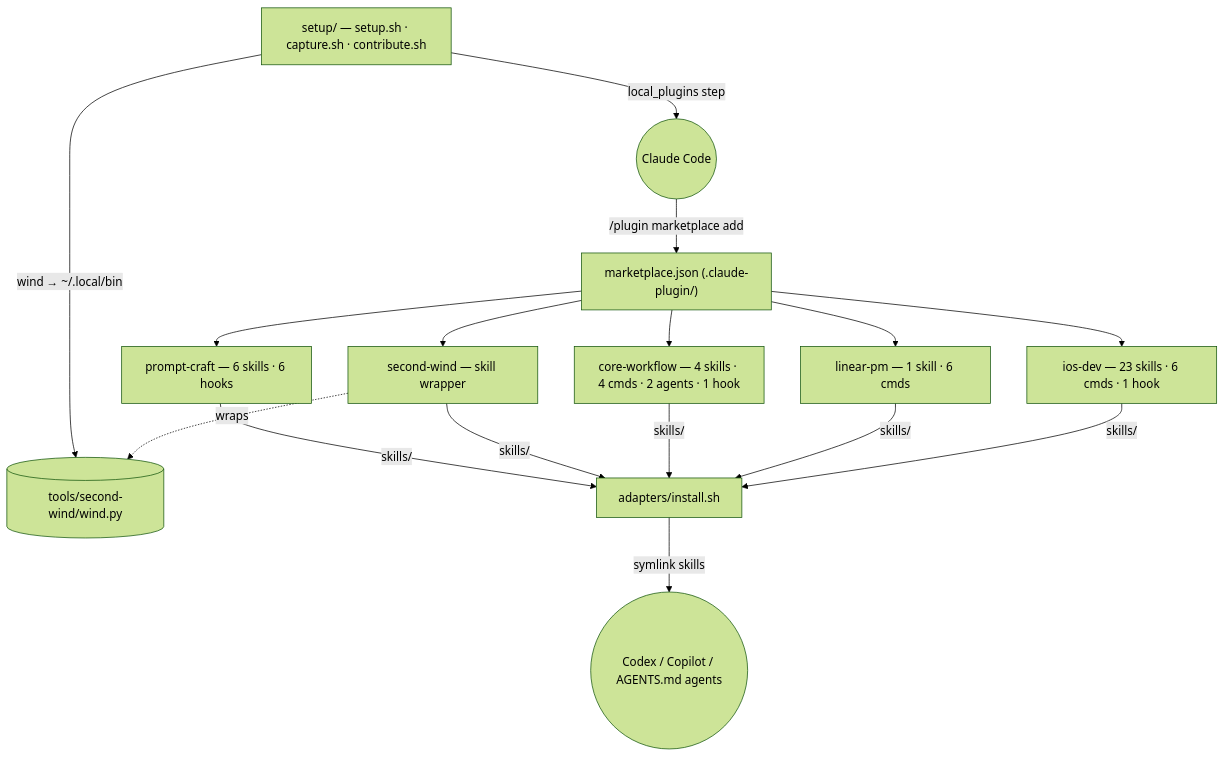
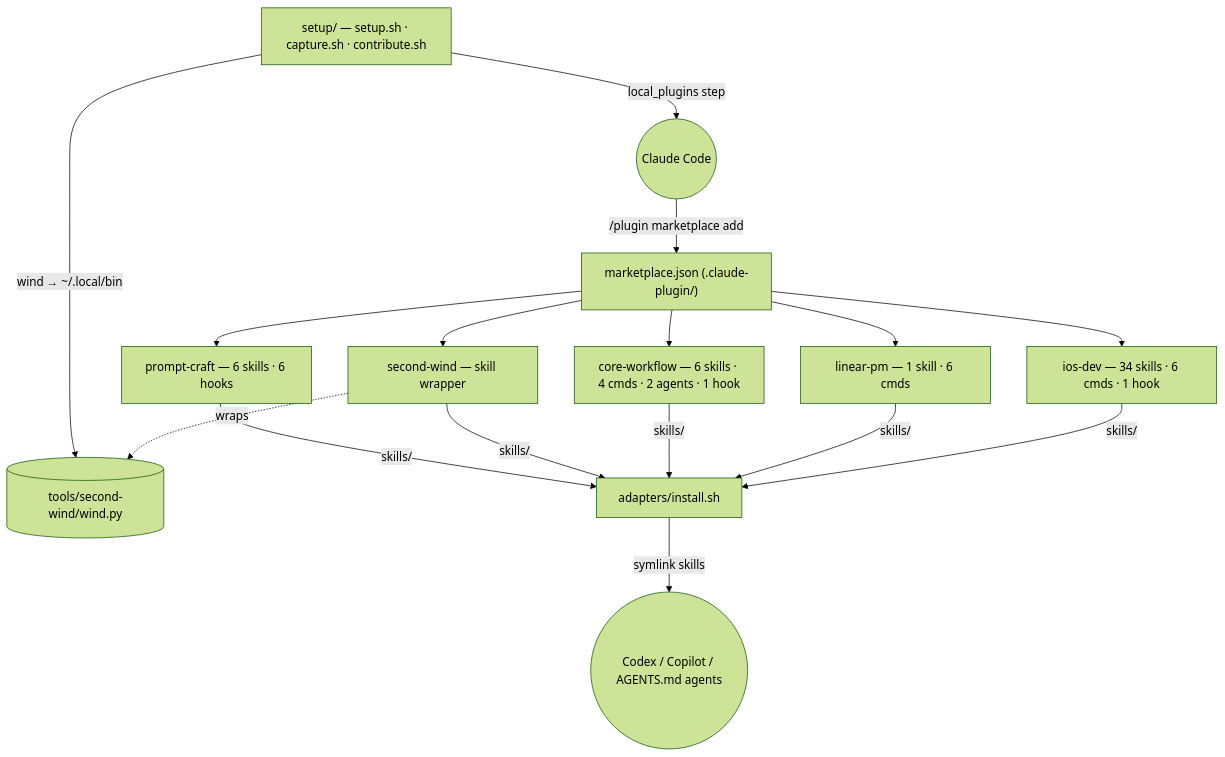
Before and after one commit to abhijitbansal/claude-skills: the diagram in docs/architecture.md, drawn with Mermaid (forest theme). The commit also changed other lines of this file and 10 other files, not shown here.

First line of the commit message:
docs(site): sync catalog/architecture/index for PR #10's 13 mined skills

````diff
--- a/docs/architecture.md
+++ b/docs/architecture.md
@@ -15,22 +15,22 @@
 ```mermaid
 flowchart TD
   MP["marketplace.json (.claude-plugin/)"]
-  IOS["ios-dev — 23 skills · 6 cmds · 1 hook"]
+  IOS["ios-dev — 34 skills · 6 cmds · 1 hook"]
   LIN["linear-pm — 1 skill · 6 cmds"]
-  CW["core-workflow — 4 skills · 4 cmds · 2 agents · 1 hook"]
+  CW["core-workflow — 6 skills · 4 cmds · 2 agents · 1 hook"]
   SW["second-wind — skill wrapper"]
   PC["prompt-craft — 6 skills · 6 hooks"]
   WIND[("tools/second-wind/wind.py")]
   AD["adapters/install.sh"]
   SEED["setup/ — setup.sh · capture.sh · contribute.sh"]
   CC(("Claude Code"))
   OTHER(("Codex / Copilot / AGENTS.md agents"))
 
   MP --> IOS & LIN & CW & SW & PC
   SW -.->|wraps| WIND
   CC -->|"/plugin marketplace add"| MP
   SEED -->|local_plugins step| CC
   SEED -->|"wind → ~/.local/bin"| WIND
   AD -->|symlink skills| OTHER
   IOS & LIN & CW & SW & PC -->|skills/| AD
 ```
````
